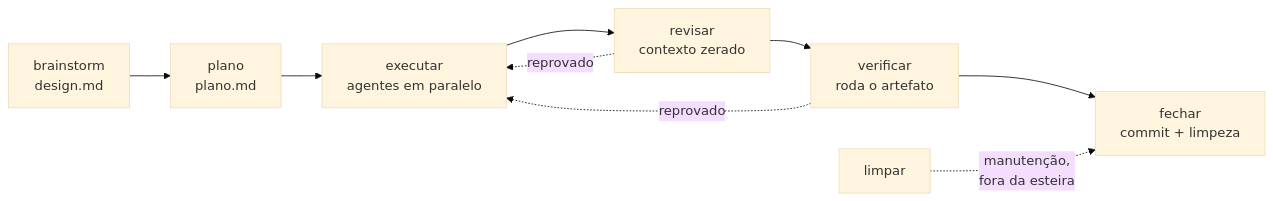
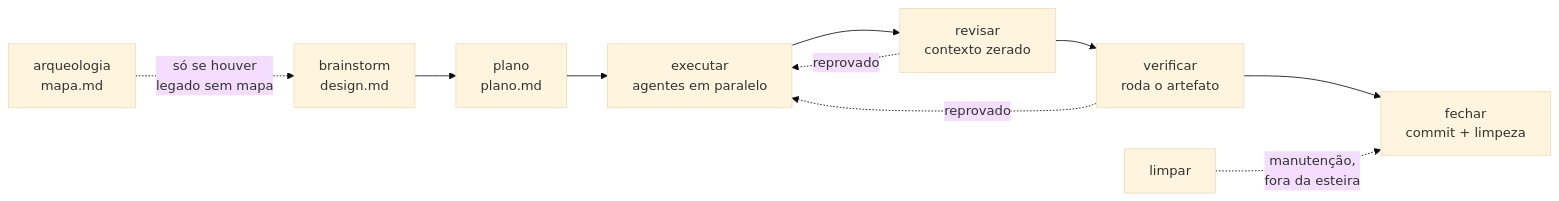
The first of 2 diagrams in README.md (luisfmontes/rainforest-mind), drawn with Mermaid (base theme) before and after one commit. The commit also changed other lines of this file and 4 other files, not shown here.

````diff
--- a/README.md
+++ b/README.md
@@ -88,11 +88,12 @@
 ```mermaid
 flowchart LR
+    A["arqueologia<br/>mapa.md"] -.->|"só se houver<br/>legado sem mapa"| B
     B["brainstorm<br/>design.md"] --> P["plano<br/>plano.md"]
     P --> E["executar<br/>agentes em paralelo"]
     E --> R["revisar<br/>contexto zerado"]
     R --> V["verificar<br/>roda o artefato"]
     V --> F["fechar<br/>commit + limpeza"]
     R -.->|"reprovado"| E
     V -.->|"reprovado"| E
     L["limpar"] -.->|"manutenção,<br/>fora da esteira"| F
 ```
````
